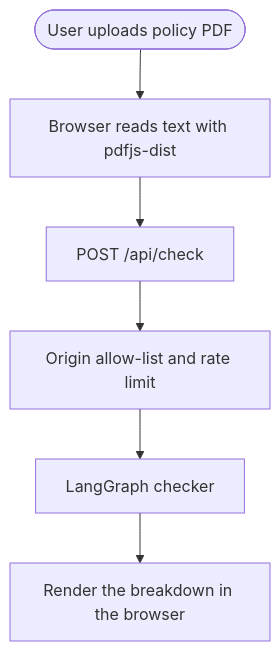
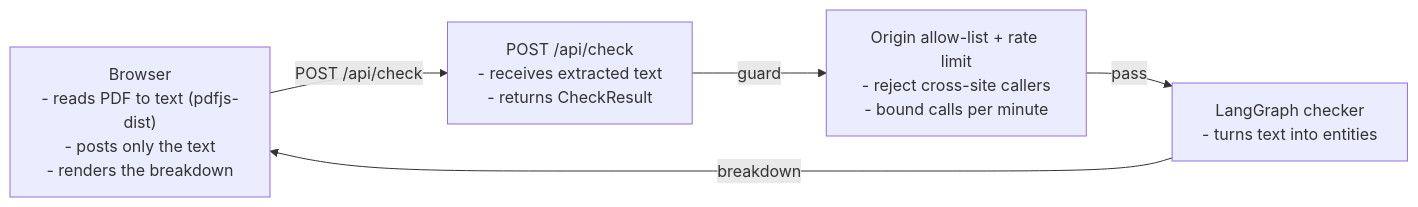
The first of 5 diagrams in README.md (elleskay/insurance-dashboard), drawn with Mermaid before and after one commit. The commit also changed other lines of this file, not shown here.

````diff
--- a/README.md
+++ b/README.md
@@ -96,8 +98,11 @@
 ```mermaid
-flowchart TD
-    Upload([User uploads policy PDF]) --> Parse[Browser reads text with pdfjs-dist]
-    Parse --> Post[POST /api/check]
-    Post --> Guard[Origin allow-list and rate limit]
-    Guard --> Graph[LangGraph checker]
-    Graph --> Render[Render the breakdown in the browser]
+flowchart LR
+  Browser["Browser<br/>- reads PDF to text (pdfjs-dist)<br/>- posts only the text<br/>- renders the breakdown"]
+  API["POST /api/check<br/>- receives extracted text<br/>- returns CheckResult"]
+  Guard["Origin allow-list + rate limit<br/>- reject cross-site callers<br/>- bound calls per minute"]
+  Checker["LangGraph checker<br/>- turns text into entities"]
+  Browser -->|"POST /api/check"| API
+  API -->|guard| Guard
+  Guard -->|pass| Checker
+  Checker -->|"breakdown"| Browser
 ```
````
